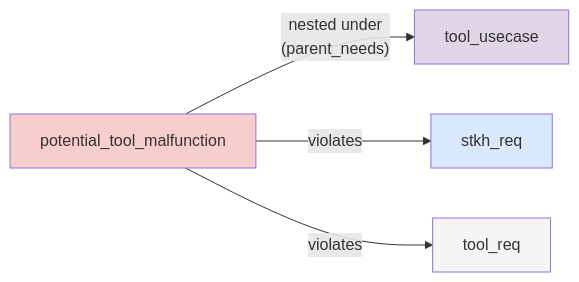
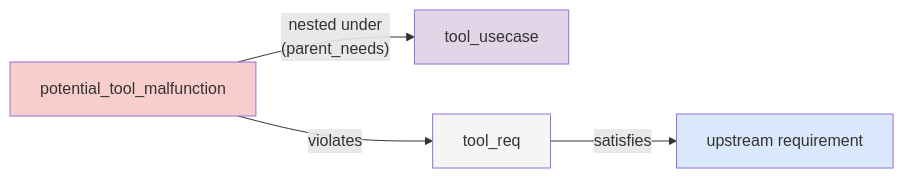
Before and after one commit to etas-contrib/score_docs-as-code: the fifth of 15 diagrams in docs/how-to/perform_tool_verification.md, drawn with Mermaid. The commit also changed other lines of this file and 7 other files, not shown here.

````diff
--- a/docs/how-to/perform_tool_verification.md
+++ b/docs/how-to/perform_tool_verification.md
@@ -328,16 +340,16 @@
 ```{mermaid}
 flowchart LR
     UC["tool_usecase"]
     PM["potential_tool_malfunction"]
-    STKH["stkh_req"]
+    UP["upstream requirement"]
     TR["tool_req"]
 
     PM -->|"nested under<br/>(parent_needs)"| UC
-    PM -->|"violates"| STKH
     PM -->|"violates"| TR
+    TR -->|"satisfies"| UP
 
     style UC fill:#E1D5E7
     style PM fill:#F8CECC
-    style STKH fill:#DAE8FC
+    style UP fill:#DAE8FC
     style TR fill:#F5F5F5
 ```
````
